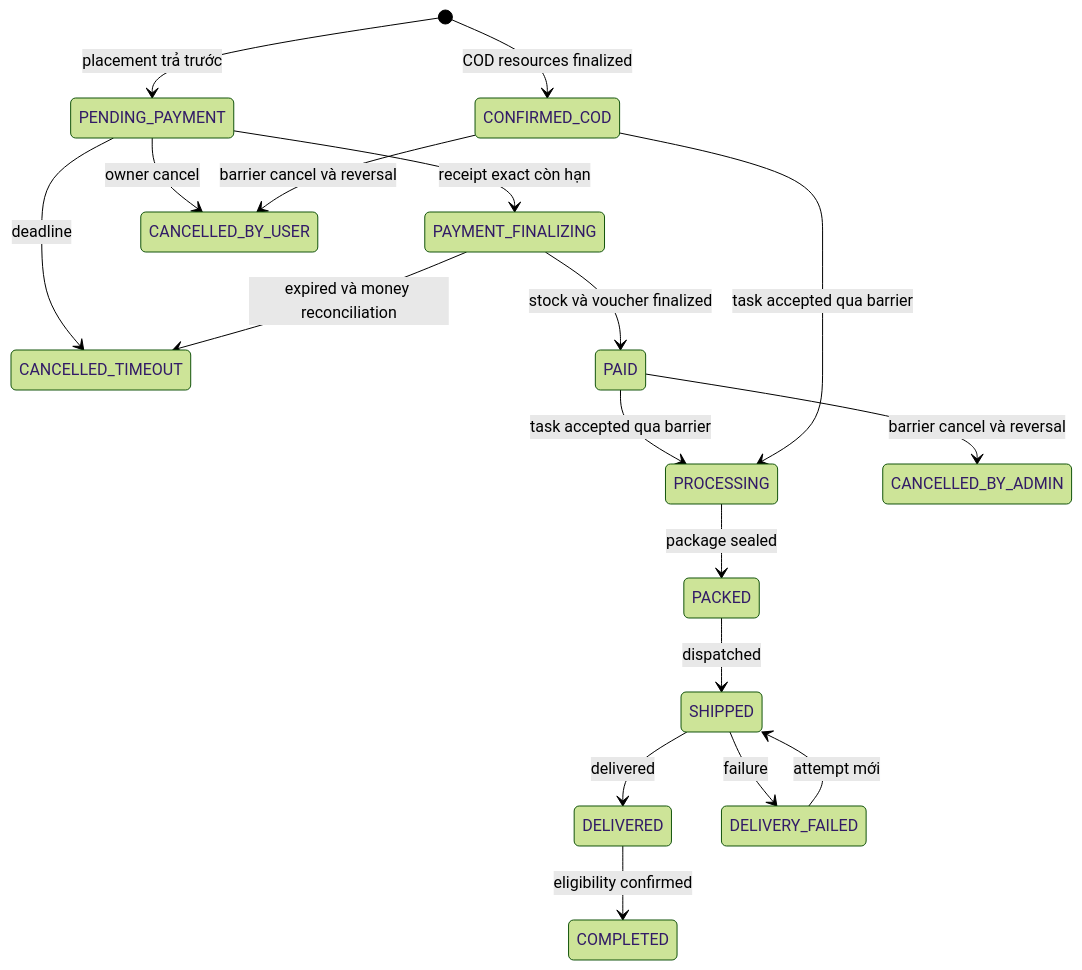
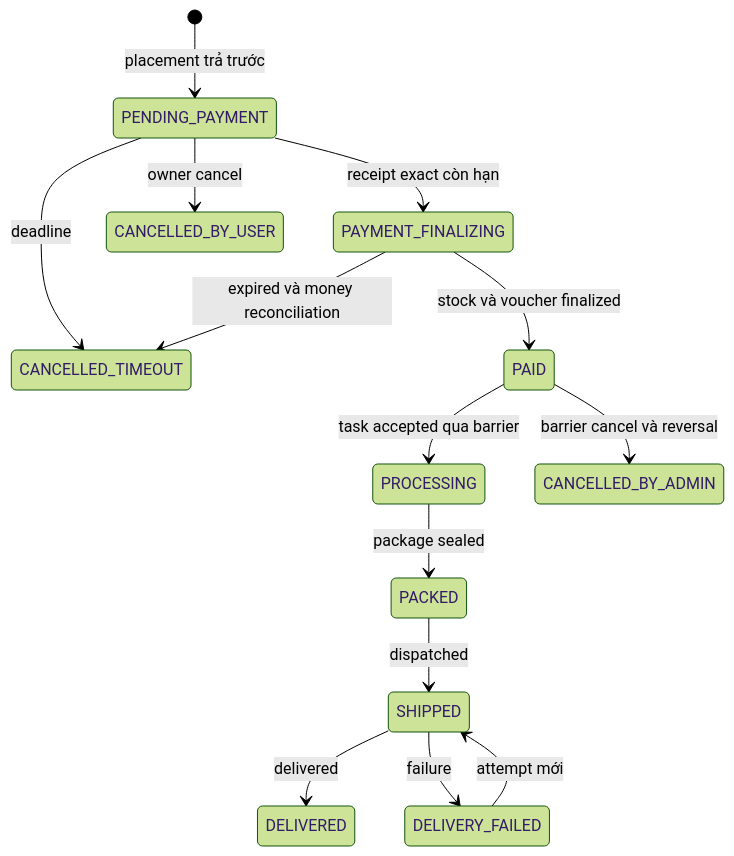
One commit to hvduong2k5/DUT.PBL6 changed the diagram in docs/02_architecture/services/order-service/02_state_machine_and_lifecycle.md. Above: the diagram before and after it, drawn with Mermaid (forest theme). The commit also changed other lines of this file and 86 other files, not shown here.

````diff
--- a/docs/02_architecture/services/order-service/02_state_machine_and_lifecycle.md
+++ b/docs/02_architecture/services/order-service/02_state_machine_and_lifecycle.md
@@ -20,20 +22,16 @@
 ```mermaid
 stateDiagram-v2
     [*] --> PENDING_PAYMENT: placement trả trước
-    [*] --> CONFIRMED_COD: COD resources finalized
     PENDING_PAYMENT --> PAYMENT_FINALIZING: receipt exact còn hạn
     PENDING_PAYMENT --> CANCELLED_TIMEOUT: deadline
     PENDING_PAYMENT --> CANCELLED_BY_USER: owner cancel
     PAYMENT_FINALIZING --> PAID: stock và voucher finalized
     PAYMENT_FINALIZING --> CANCELLED_TIMEOUT: expired và money reconciliation
     PAID --> PROCESSING: task accepted qua barrier
-    CONFIRMED_COD --> PROCESSING: task accepted qua barrier
     PAID --> CANCELLED_BY_ADMIN: barrier cancel và reversal
-    CONFIRMED_COD --> CANCELLED_BY_USER: barrier cancel và reversal
     PROCESSING --> PACKED: package sealed
     PACKED --> SHIPPED: dispatched
     SHIPPED --> DELIVERED: delivered
     SHIPPED --> DELIVERY_FAILED: failure
     DELIVERY_FAILED --> SHIPPED: attempt mới
-    DELIVERED --> COMPLETED: eligibility confirmed
 ```
````
